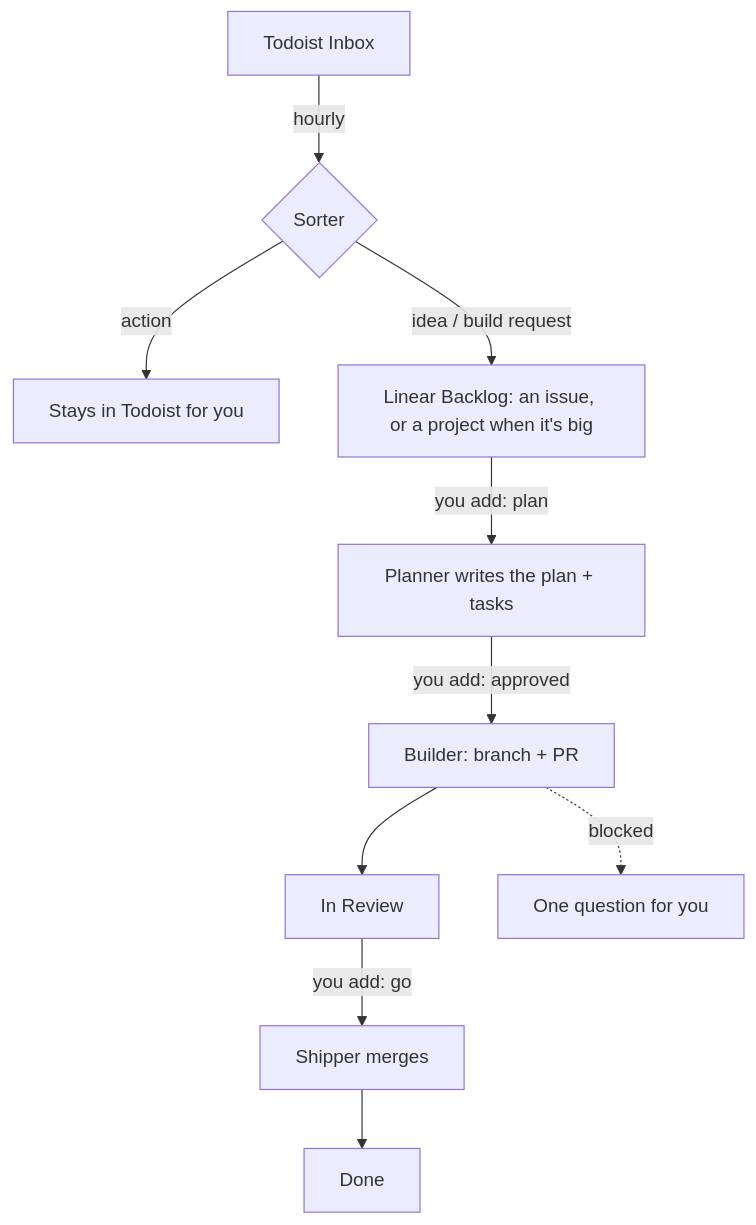
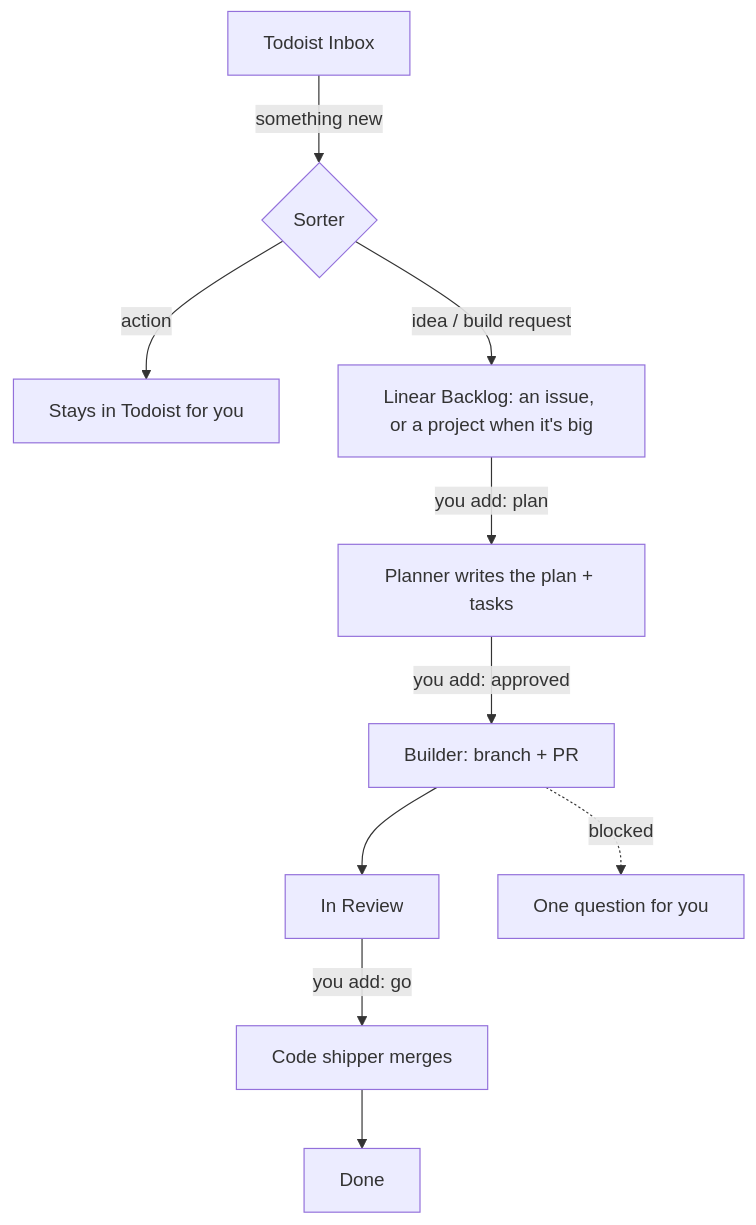
One commit to Cxjlabs/cxj-flow changed the diagram in README.md. Above: the diagram before and after it, drawn with Mermaid. The commit also changed other lines of this file and 11 other files, not shown here.

First line of the commit message:
W2: Linear read by code, code shipper, clash check on every PR, one daily view, heartbeat (CXJ-435..440) (#3)

````diff
--- a/README.md
+++ b/README.md
@@ -7,12 +7,12 @@
 ```mermaid
 flowchart TD
-  T[Todoist Inbox] -->|hourly| S{Sorter}
+  T[Todoist Inbox] -->|something new| S{Sorter}
   S -->|action| A[Stays in Todoist for you]
   S -->|idea / build request| L[Linear Backlog: an issue, or a project when it's big]
   L -->|you add: plan| P[Planner writes the plan + tasks]
   P -->|you add: approved| B[Builder: branch + PR]
   B --> R[In Review]
   B -.->|blocked| Q[One question for you]
-  R -->|you add: go| SH[Shipper merges]
+  R -->|you add: go| SH[Code shipper merges]
   SH --> D[Done]
 ```
````
